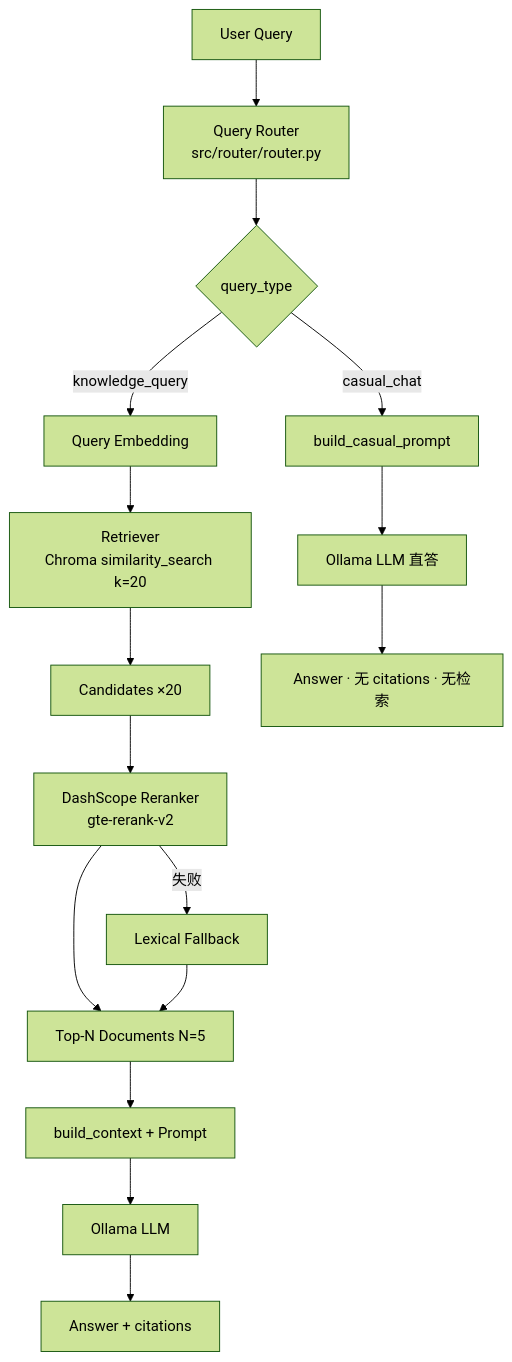
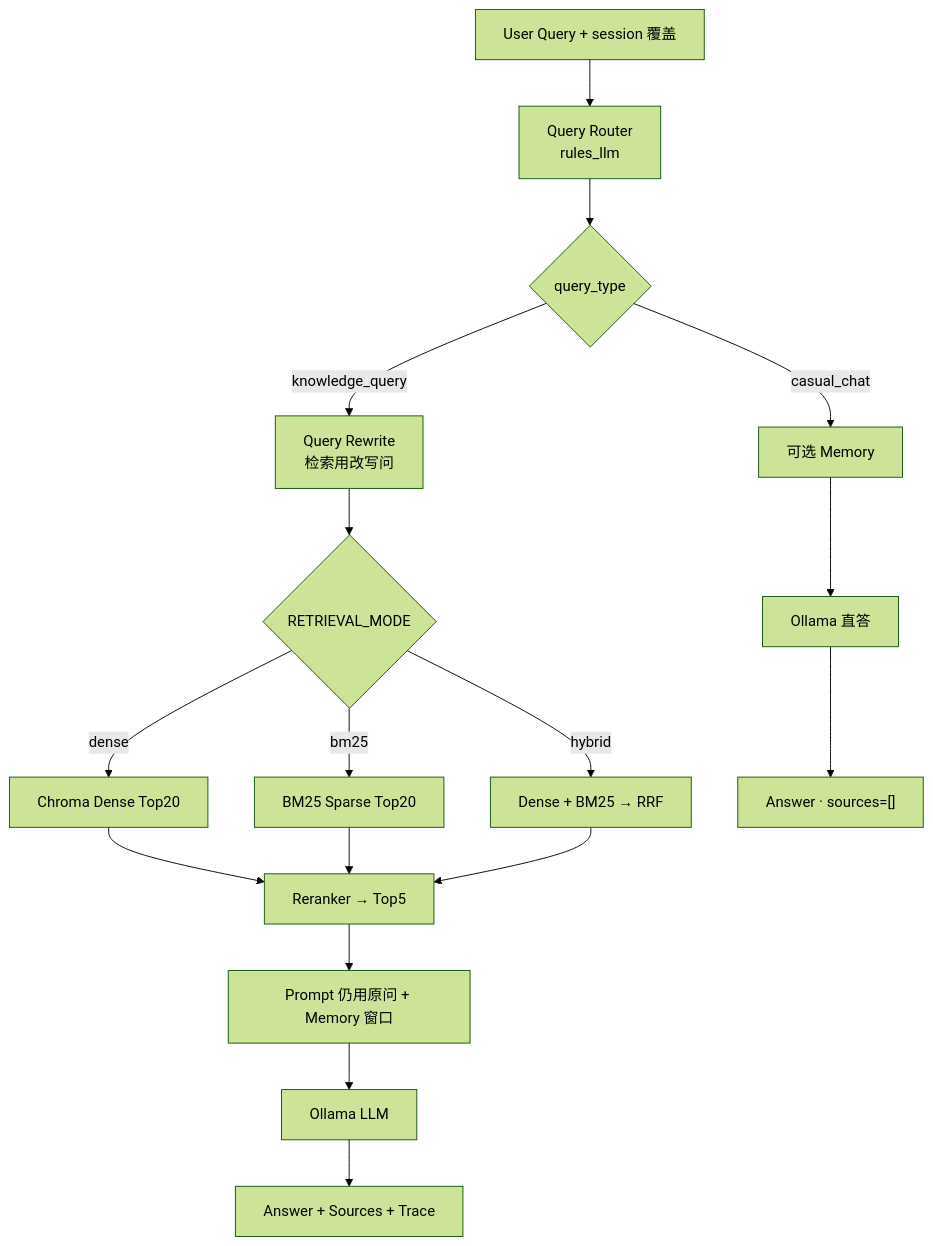
Before and after one commit to SomeH-Bosx/enterprise-rag: the second of 5 diagrams in RAG_ARCHITECTURE.md, drawn with Mermaid (forest theme). The commit also changed other lines of this file and 1 other file, not shown here.

First line of the commit message:
docs: sync RAG_ARCHITECTURE and README with current pipeline

````diff
--- a/RAG_ARCHITECTURE.md
+++ b/RAG_ARCHITECTURE.md
@@ -77,20 +86,21 @@
 ```mermaid
 flowchart TB
-  Q["User Query"] --> QR["Query Router<br/>src/router/router.py"]
+  Q["User Query + session 覆盖"] --> QR["Query Router<br/>rules_llm"]
   QR --> CL{"query_type"}
 
-  CL -->|knowledge_query| E["Query Embedding"]
-  E --> R["Retriever<br/>Chroma similarity_search k=20"]
-  R --> C["Candidates ×20"]
-  C --> DS["DashScope Reranker<br/>gte-rerank-v2"]
-  DS -->|失败| LX["Lexical Fallback"]
-  DS --> T["Top-N Documents N=5"]
-  LX --> T
-  T --> P["build_context + Prompt"]
+  CL -->|knowledge_query| RW["Query Rewrite<br/>检索用改写问"]
+  RW --> MODE{"RETRIEVAL_MODE"}
+  MODE -->|dense| D["Chroma Dense Top20"]
+  MODE -->|bm25| B["BM25 Sparse Top20"]
+  MODE -->|hybrid| H["Dense + BM25 → RRF"]
+  D --> RR["Reranker → Top5"]
+  B --> RR
+  H --> RR
+  RR --> P["Prompt 仍用原问 + Memory 窗口"]
   P --> L["Ollama LLM"]
-  L --> A["Answer + citations"]
+  L --> A["Answer + Sources + Trace"]
 
-  CL -->|casual_chat| CP["build_casual_prompt"]
-  CP --> L2["Ollama LLM 直答"]
-  L2 --> A2["Answer · 无 citations · 无检索"]
+  CL -->|casual_chat| M["可选 Memory"]
+  M --> L2["Ollama 直答"]
+  L2 --> A2["Answer · sources=[]"]
 ```
````
